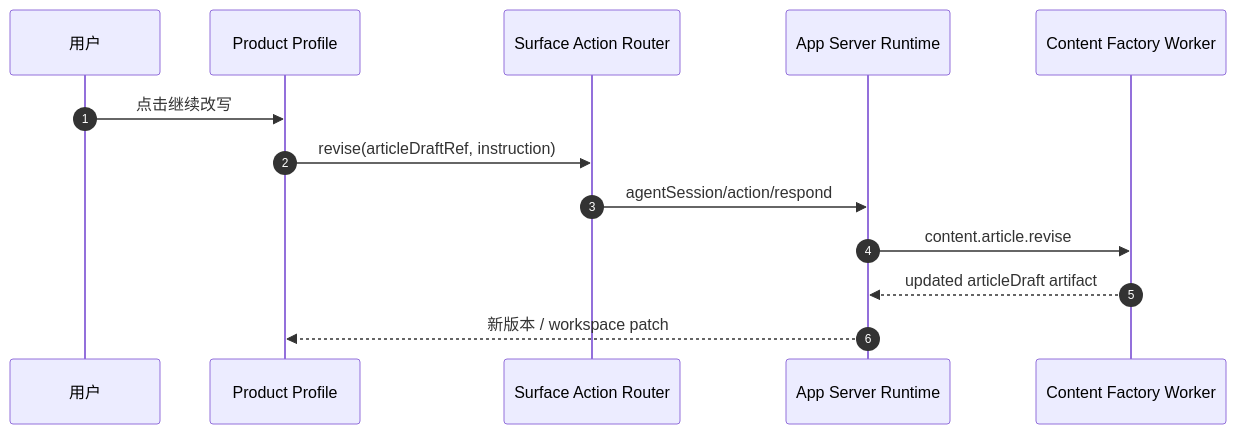
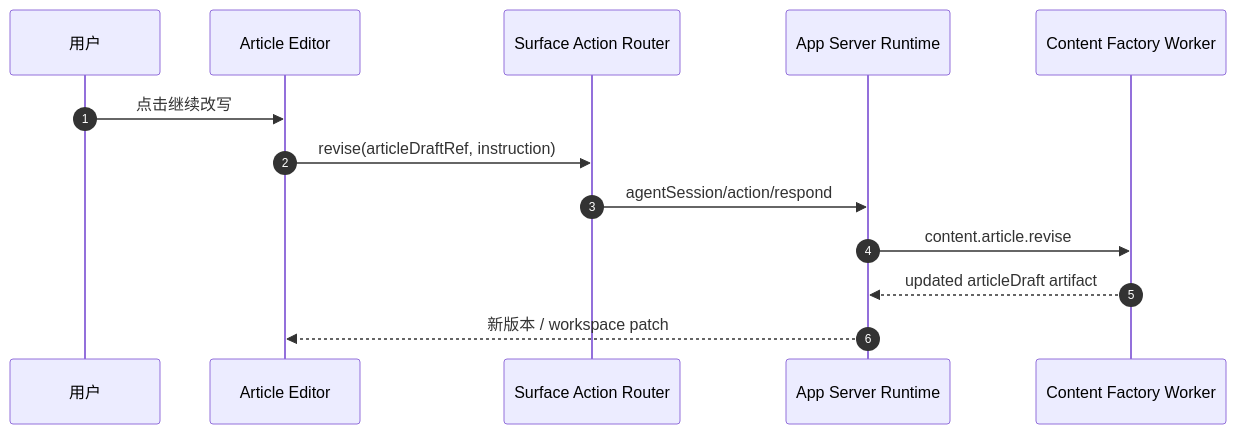
One commit to jiujuan/lime changed the sixth of 6 diagrams in internal/roadmap/Writing/sequence-diagrams.md. Above: the diagram before and after it, drawn with Mermaid. The commit also changed other lines of this file and 458 other files, not shown here.

````diff
--- a/internal/roadmap/Writing/sequence-diagrams.md
+++ b/internal/roadmap/Writing/sequence-diagrams.md
@@ -118,16 +119,16 @@
 ```mermaid
 sequenceDiagram
   autonumber
   participant User as 用户
-  participant Profile as Product Profile
+  participant Editor as Article Editor
   participant Action as Surface Action Router
   participant Runtime as App Server Runtime
   participant Worker as Content Factory Worker
 
-  User->>Profile: 点击继续改写
-  Profile->>Action: revise(articleDraftRef, instruction)
+  User->>Editor: 点击继续改写
+  Editor->>Action: revise(articleDraftRef, instruction)
   Action->>Runtime: agentSession/action/respond
   Runtime->>Worker: content.article.revise
   Worker-->>Runtime: updated articleDraft artifact
-  Runtime-->>Profile: 新版本 / workspace patch
+  Runtime-->>Editor: 新版本 / workspace patch
 ```
````
